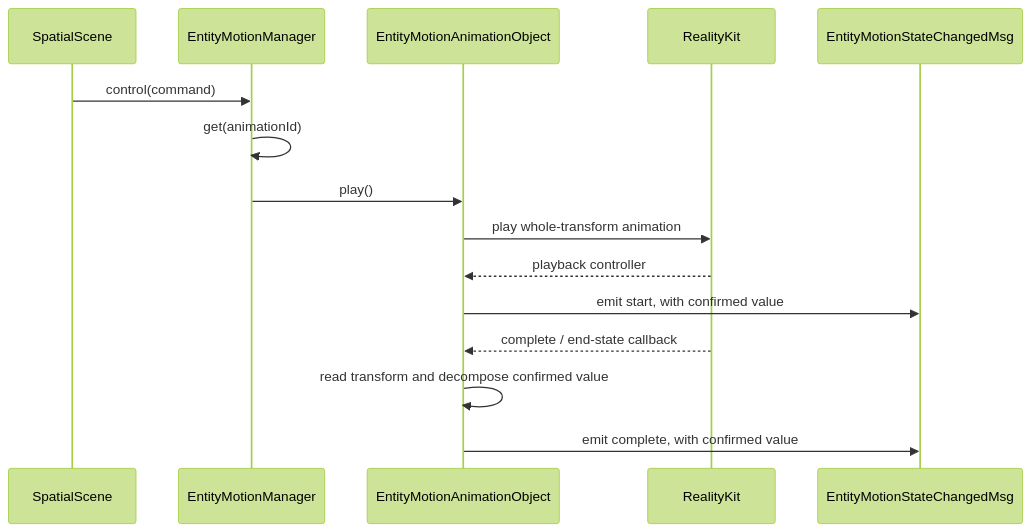
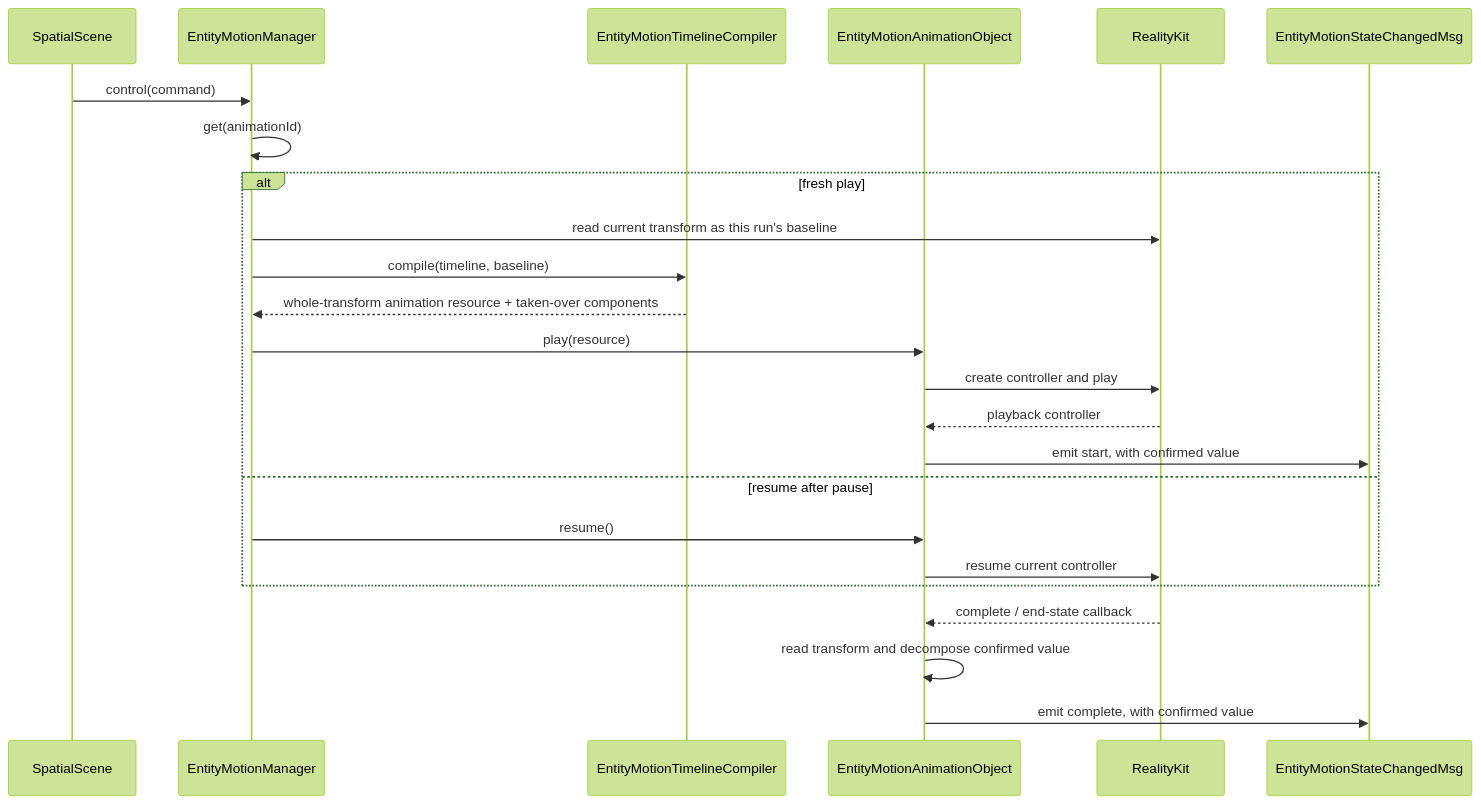
One commit to webspatial/webspatial-sdk changed diagram 11 of 14 in openspec/changes/redesign-entity-motion-api/design.md. Above: the diagram before and after it, drawn with Mermaid (forest theme). The commit also changed other lines of this file and 7 other files, not shown here.

````diff
--- a/openspec/changes/redesign-entity-motion-api/design.md
+++ b/openspec/changes/redesign-entity-motion-api/design.md
@@ -925,18 +929,27 @@
 ```mermaid
 sequenceDiagram
     participant Scene as SpatialScene
     participant Manager as EntityMotionManager
+    participant Compiler as EntityMotionTimelineCompiler
     participant Obj as EntityMotionAnimationObject
     participant RK as RealityKit
     participant Event as EntityMotionStateChangedMsg
 
     Scene->>Manager: control(command)
     Manager->>Manager: get(animationId)
-    Manager->>Obj: play()
-    Obj->>RK: play whole-transform animation
-    RK-->>Obj: playback controller
-    Obj->>Event: emit start, with confirmed value
+    alt fresh play
+        Manager->>RK: read current transform as this run's baseline
+        Manager->>Compiler: compile(timeline, baseline)
+        Compiler-->>Manager: whole-transform animation resource + taken-over components
+        Manager->>Obj: play(resource)
+        Obj->>RK: create controller and play
+        RK-->>Obj: playback controller
+        Obj->>Event: emit start, with confirmed value
+    else resume after pause
+        Manager->>Obj: resume()
+        Obj->>RK: resume current controller
+    end
     RK-->>Obj: complete / end-state callback
     Obj->>Obj: read transform and decompose confirmed value
     Obj->>Event: emit complete, with confirmed value
 ```
````
